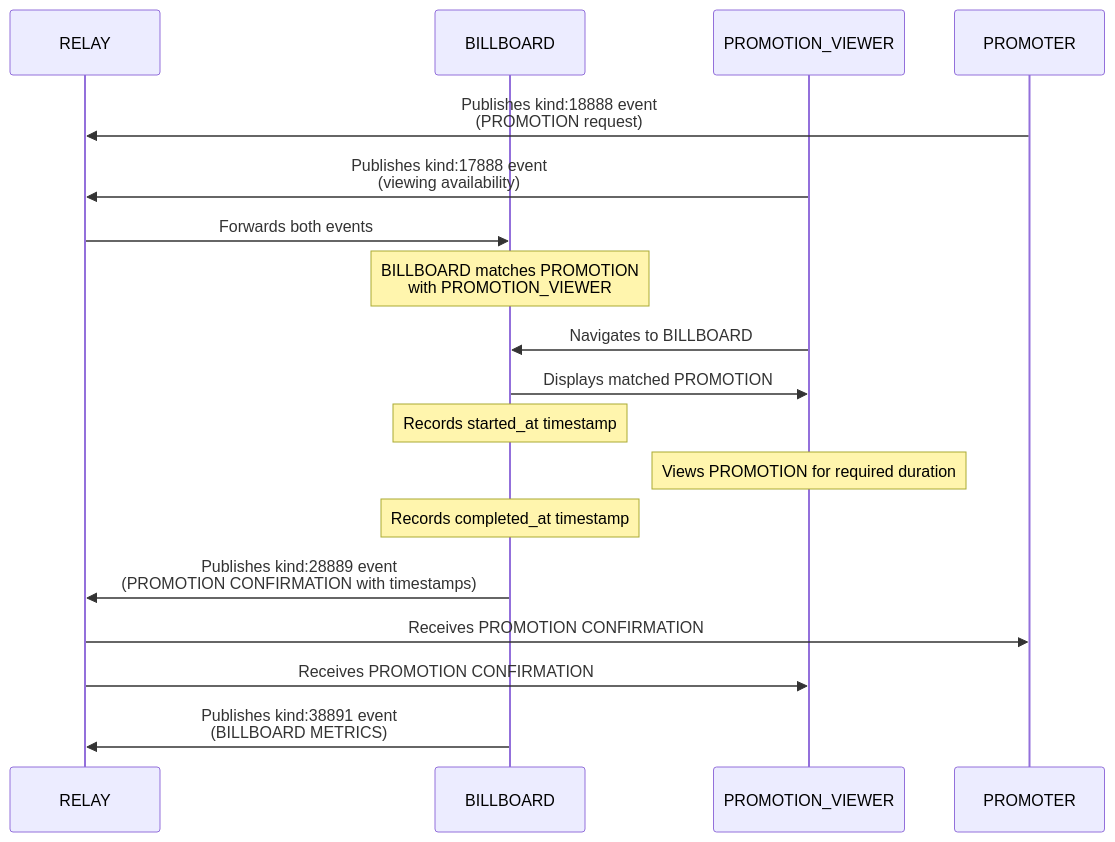
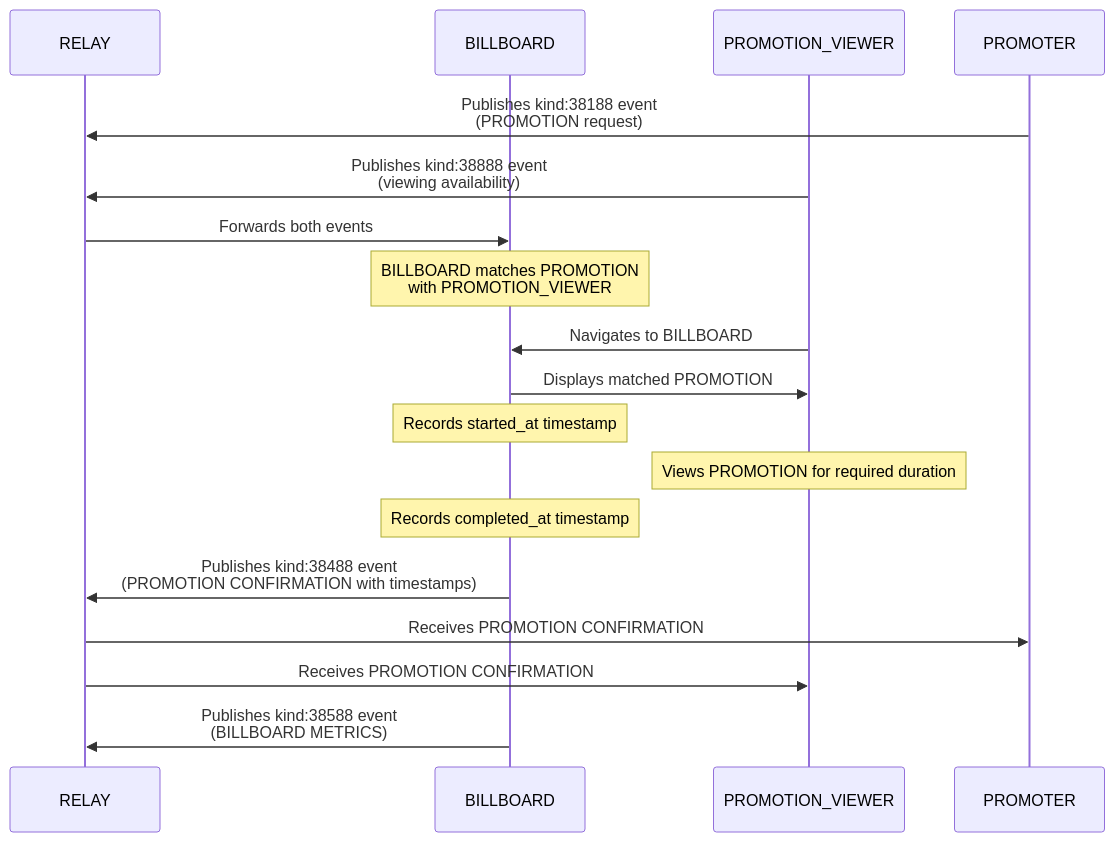
Before and after one commit to joinnextblock/attn-protocol: the diagram in NIP-X6.md, drawn with Mermaid. The commit also changed other lines of this file and 12 other files, not shown here.

````diff
--- a/NIP-X6.md
+++ b/NIP-X6.md
@@ -81,25 +79,25 @@
 ```mermaid
 sequenceDiagram
     participant RELAY
     participant BILLBOARD
     participant PROMOTION_VIEWER
     participant PROMOTER
 
-    PROMOTER->>RELAY: Publishes kind:18888 event<br/>(PROMOTION request)
-    PROMOTION_VIEWER->>RELAY: Publishes kind:17888 event<br/>(viewing availability)
+    PROMOTER->>RELAY: Publishes kind:38188 event<br/>(PROMOTION request)
+    PROMOTION_VIEWER->>RELAY: Publishes kind:38888 event<br/>(viewing availability)
     RELAY->>BILLBOARD: Forwards both events
     Note over BILLBOARD: BILLBOARD matches PROMOTION<br/>with PROMOTION_VIEWER
     
     PROMOTION_VIEWER->>BILLBOARD: Navigates to BILLBOARD
     BILLBOARD->>PROMOTION_VIEWER: Displays matched PROMOTION
     
     Note over BILLBOARD: Records started_at timestamp
     Note over PROMOTION_VIEWER: Views PROMOTION for required duration
     Note over BILLBOARD: Records completed_at timestamp
     
-    BILLBOARD->>RELAY: Publishes kind:28889 event<br/>(PROMOTION CONFIRMATION with timestamps)
+    BILLBOARD->>RELAY: Publishes kind:38488 event<br/>(PROMOTION CONFIRMATION with timestamps)
     RELAY->>PROMOTER: Receives PROMOTION CONFIRMATION
     RELAY->>PROMOTION_VIEWER: Receives PROMOTION CONFIRMATION
     
-    BILLBOARD->>RELAY: Publishes kind:38891 event<br/>(BILLBOARD METRICS)
+    BILLBOARD->>RELAY: Publishes kind:38588 event<br/>(BILLBOARD METRICS)
 ```
````
